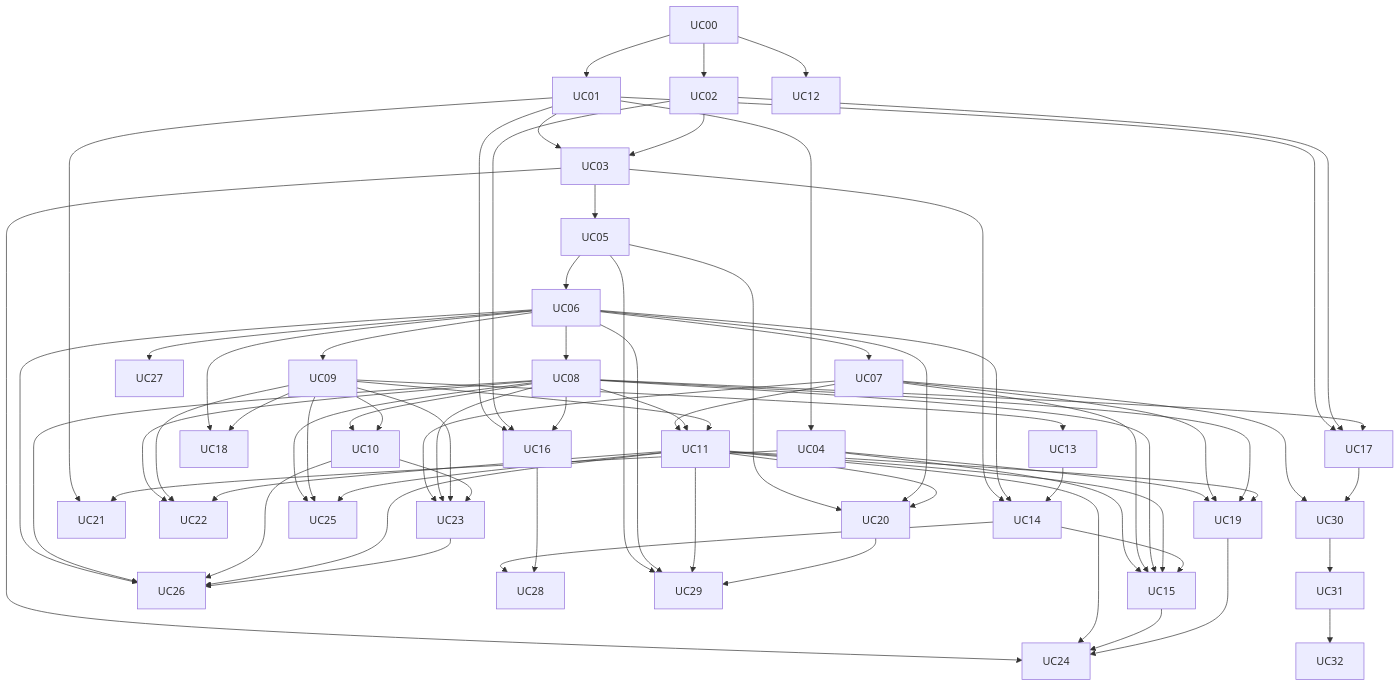
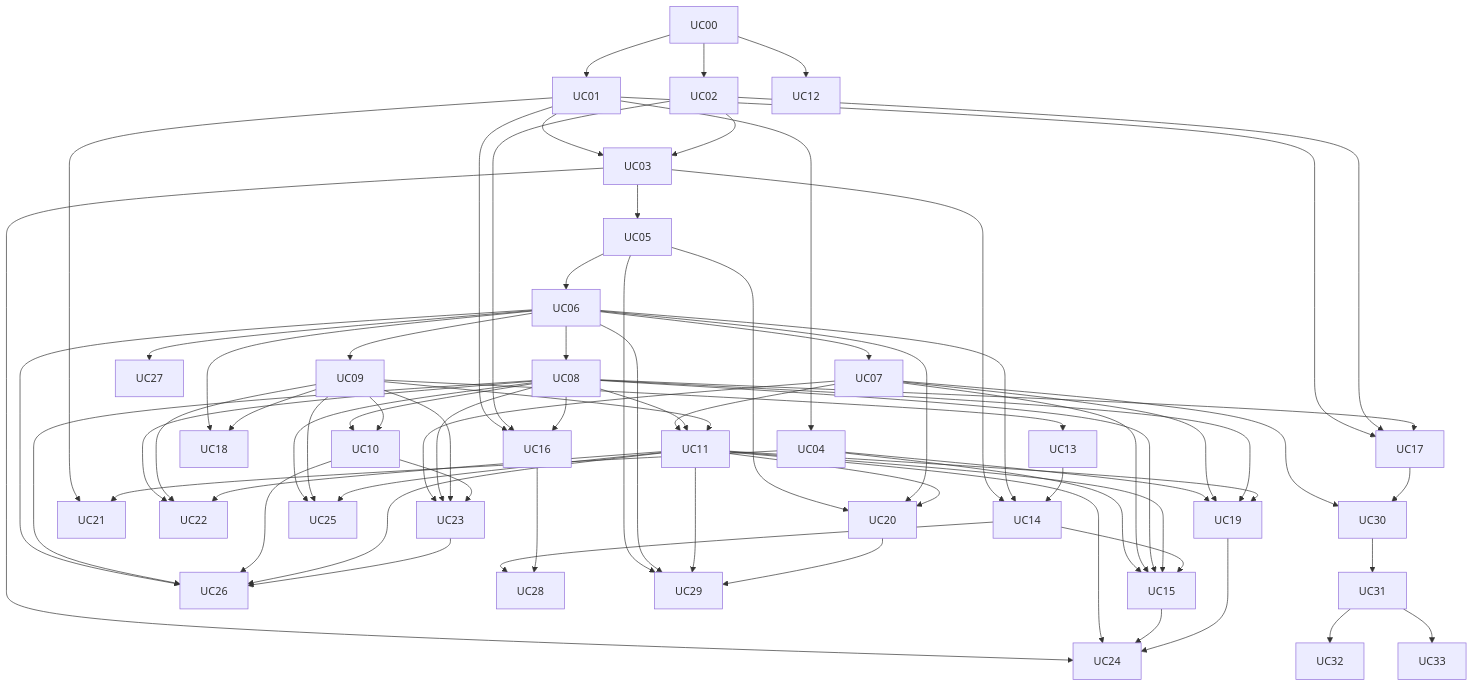
Before and after one commit to jsoladur/monthly-expenses: the diagram in docs/usecases/UC-INDEX.md, drawn with Mermaid. The commit also changed other lines of this file and 5 other files, not shown here.

````diff
--- a/docs/usecases/UC-INDEX.md
+++ b/docs/usecases/UC-INDEX.md
@@ -60,30 +61,31 @@
 ```mermaid
 flowchart TD
     UC00 --> UC01 --> UC03 --> UC05 --> UC06
     UC00 --> UC02 --> UC03
     UC01 --> UC04
     UC06 --> UC07 & UC08 & UC09
     UC08 & UC09 --> UC10
     UC07 & UC08 & UC09 --> UC11
     UC09 --> UC13
     UC03 & UC06 --> UC14
     UC13 --> UC14
     UC00 --> UC12
     UC04 & UC07 & UC08 & UC11 & UC14 --> UC15
     UC01 & UC02 & UC08 --> UC16
     UC01 & UC02 & UC08 --> UC17
     UC06 & UC09 --> UC18
     UC04 & UC07 & UC08 & UC11 --> UC19
     UC05 & UC06 & UC11 --> UC20
     UC01 & UC04 --> UC21
     UC08 & UC09 & UC11 --> UC22
     UC07 & UC08 & UC09 & UC10 --> UC23
     UC03 & UC11 & UC15 & UC19 --> UC24
     UC08 & UC09 & UC11 --> UC25
     UC06 & UC08 & UC10 & UC11 & UC23 --> UC26
     UC06 --> UC27
     UC14 & UC16 --> UC28
     UC05 & UC06 & UC11 & UC20 --> UC29
     UC07 & UC17 --> UC30
     UC30 --> UC31 --> UC32
+    UC31 --> UC33
 ```
````
